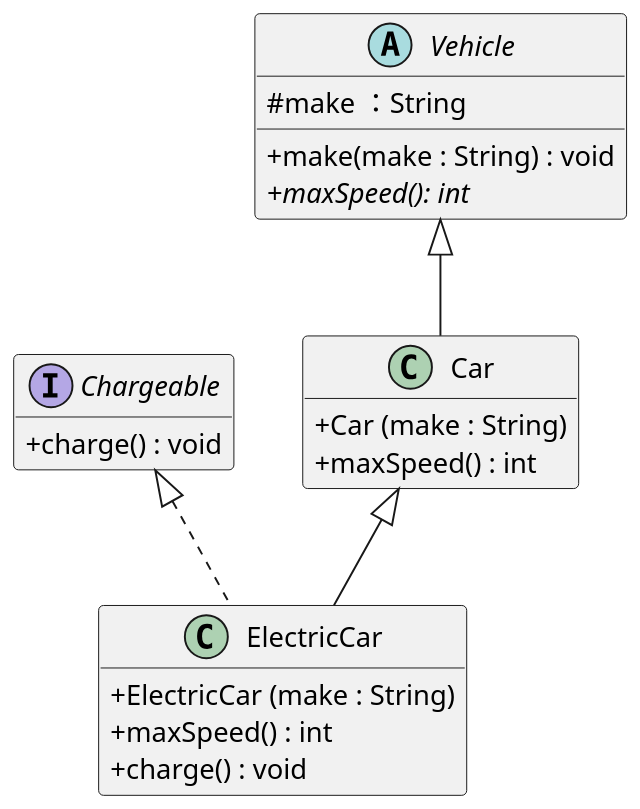
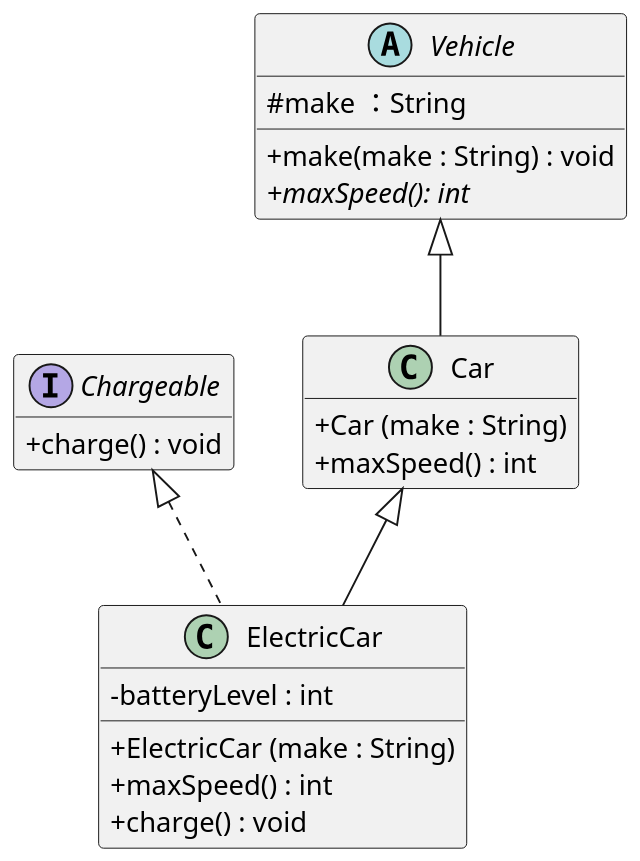
The diagram in plantuml/exercises/vehicles-uml-starter.puml (simZ-045/207-course-notes), drawn with PlantUML before and after one commit. The commit also changed 1 other file, not shown here.

Commit message:
correcting UML and adding in question 2,3 of chapter 8 in the plant uml file

```diff
--- a/plantuml/exercises/vehicles-uml-starter.puml
+++ b/plantuml/exercises/vehicles-uml-starter.puml
@@ -1,44 +1,45 @@
 @startuml
 skinparam dpi 150
 skinparam classAttributeIconSize 0
 hide empty members
 
 ' Your task (Chapter 3, Question 2): draw the UML class diagram for the
 ' Vehicle / Car / ElectricCar / Chargeable code.
 '
 ' Define each type as a box, then connect them with the right arrows. One box
 ' (Chargeable) is filled in as an example — complete the other three and add the
 ' relationships.
 '
 ' PlantUML cheat-sheet:
 '   interface Name { + method() : Type }
 '   abstract class Name { # field : Type }
 '   class Name { - field : Type }
 '   Parent    <|-- Child    ' generalization: Child extends Parent
 '   Interface <|.. Class    ' realization:    Class implements Interface
 ' (Putting the parent/interface on the LEFT of the arrow keeps it on top.)
 
 interface Chargeable {
   + charge() : void
 }
 
 abstract class Vehicle {
  # make ：String
  + make(make : String) : void
  + maxSpeed(): int {abstract}
 }
 class Car{
  + Car (make : String)
  + maxSpeed() : int
 }
 class ElectricCar{
+ - batteryLevel : int
  + ElectricCar (make : String)
  + maxSpeed() : int
  + charge() : void
 }
 
 Vehicle <|-- Car
 Car <|-- ElectricCar
 Chargeable <|.. ElectricCar
 
 @enduml
```
